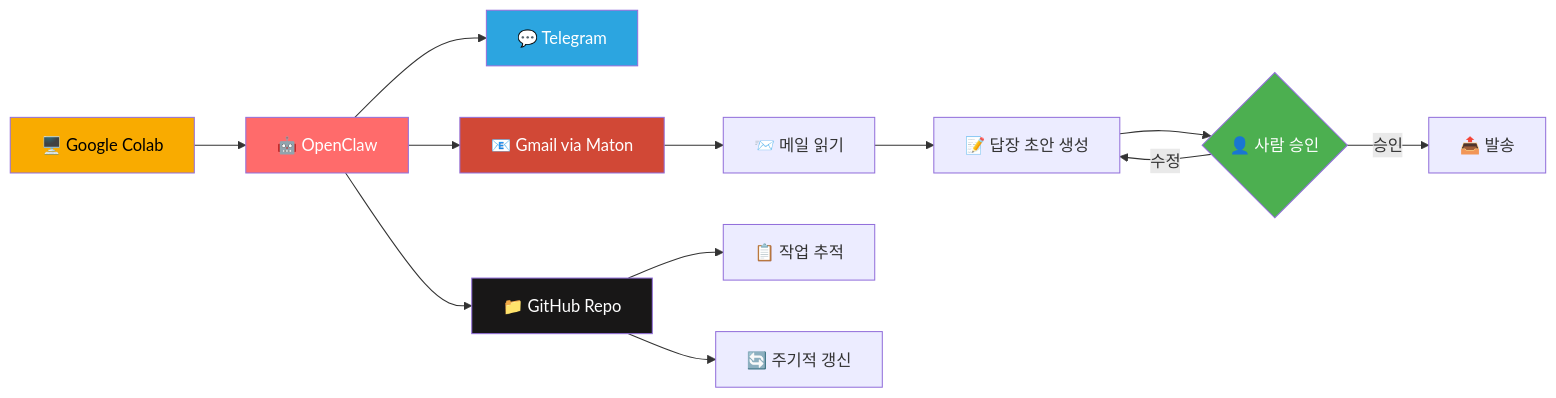
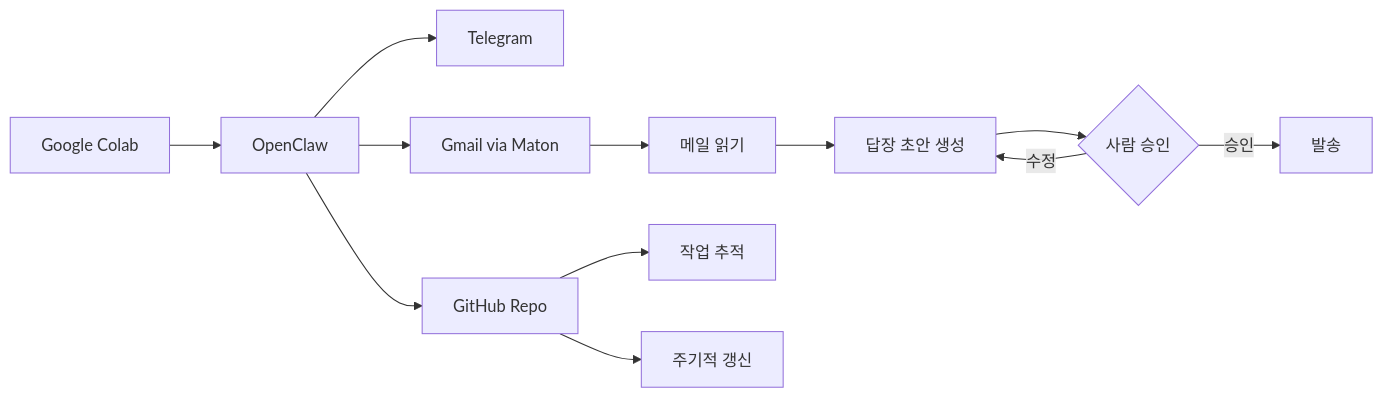
One commit to Henriepigastric590/colabclaw changed the first of 5 diagrams in README_ko.md. Above: the diagram before and after it, drawn with Mermaid. The commit also changed other lines of this file and 1 other file, not shown here.

Commit message:
Simplify mermaid diagrams to monochrome for light/dark theme compatibility

````diff
--- a/README_ko.md
+++ b/README_ko.md
@@ -52,23 +52,16 @@
 ```mermaid
 flowchart LR
-    A[🖥️ Google Colab] --> B[🤖 OpenClaw]
-    B --> C[💬 Telegram]
-    B --> D[📧 Gmail via Maton]
-    B --> E[📁 GitHub Repo]
+    A[Google Colab] --> B[OpenClaw]
+    B --> C[Telegram]
+    B --> D[Gmail via Maton]
+    B --> E[GitHub Repo]
 
-    D --> F[📨 메일 읽기]
-    F --> G[📝 답장 초안 생성]
-    G --> H{👤 사람 승인}
-    H -->|승인| I[📤 발송]
+    D --> F[메일 읽기]
+    F --> G[답장 초안 생성]
+    G --> H{사람 승인}
+    H -->|승인| I[발송]
     H -->|수정| G
 
-    E --> J[📋 작업 추적]
-    E --> K[🔄 주기적 갱신]
-
-    style A fill:#F9AB00,color:#000
-    style B fill:#FF6B6B,color:#fff
-    style C fill:#2CA5E0,color:#fff
-    style D fill:#D14836,color:#fff
-    style E fill:#181717,color:#fff
-    style H fill:#4CAF50,color:#fff
+    E --> J[작업 추적]
+    E --> K[주기적 갱신]
 ```
````
